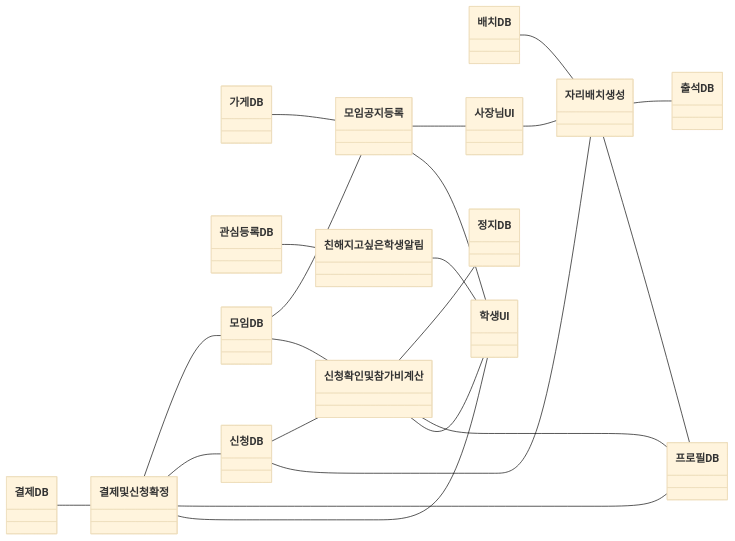
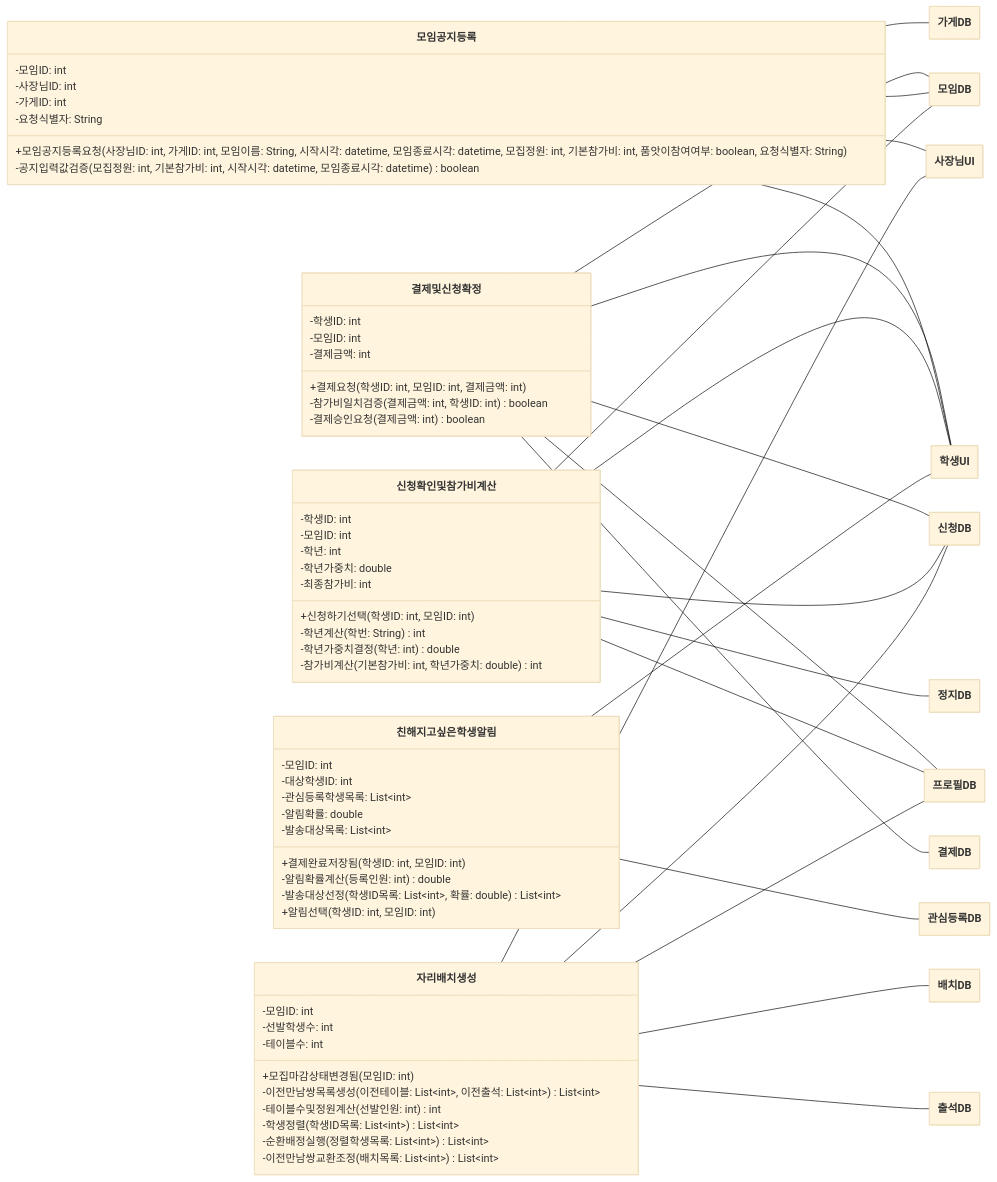
Before and after one commit to hojae3/sw-engineering-16: the second of 13 diagrams in class-diagram/class-diagram.md, drawn with Mermaid (base theme). The commit also changed other lines of this file and 1 other file, not shown here.

First line of the commit message:
[class] 통합 클래스 다이어그램을 PPT 구성에 맞춰 영역별 그림으로 변경

````diff
--- a/class-diagram/class-diagram.md
+++ b/class-diagram/class-diagram.md
@@ -194,37 +205,86 @@
 ```mermaid
+---
+config:
+  class:
+    hideEmptyMembersBox: true
+---
 classDiagram
     direction LR
+    class MeetingNoticeRegistration["모임공지등록"] {
+        -모임ID: int
+        -사장님ID: int
+        -가게ID: int
+        -요청식별자: String
+        +모임공지등록요청(사장님ID: int, 가게ID: int, 모임이름: String, 시작시각: datetime, 모임종료시각: datetime, 모집정원: int, 기본참가비: int, 품앗이참여여부: boolean, 요청식별자: String)
+        -공지입력값검증(모집정원: int, 기본참가비: int, 시작시각: datetime, 모임종료시각: datetime) boolean
+    }
+    class ApplicationCheckAndFeeCalc["신청확인및참가비계산"] {
+        -학생ID: int
+        -모임ID: int
+        -학년: int
+        -학년가중치: double
+        -최종참가비: int
+        +신청하기선택(학생ID: int, 모임ID: int)
+        -학년계산(학번: String) int
+        -학년가중치결정(학년: int) double
+        -참가비계산(기본참가비: int, 학년가중치: double) int
+    }
+    class PaymentAndApplicationConfirm["결제및신청확정"] {
+        -학생ID: int
+        -모임ID: int
+        -결제금액: int
+        +결제요청(학생ID: int, 모임ID: int, 결제금액: int)
+        -참가비일치검증(결제금액: int, 학생ID: int) boolean
+        -결제승인요청(결제금액: int) boolean
+    }
+    class CloseStudentNotification["친해지고싶은학생알림"] {
+        -모임ID: int
+        -대상학생ID: int
+        -관심등록학생목록: List~int~
+        -알림확률: double
+        -발송대상목록: List~int~
+        +결제완료저장됨(학생ID: int, 모임ID: int)
+        -알림확률계산(등록인원: int) double
+        -발송대상선정(학생ID목록: List~int~, 확률: double) List~int~
+        +알림선택(학생ID: int, 모임ID: int)
+    }
+    class SeatArrangementGeneration["자리배치생성"] {
+        -모임ID: int
+        -선발학생수: int
+        -테이블수: int
+        +모집마감상태변경됨(모임ID: int)
+        -이전만남쌍목록생성(이전테이블: List~int~, 이전출석: List~int~) List~int~
+        -테이블수및정원계산(선발인원: int) int
+        -학생정렬(학생ID목록: List~int~) List~int~
+        -순환배정실행(정렬학생목록: List~int~) List~int~
+        -이전만남쌍교환조정(배치목록: List~int~) List~int~
+    }
     class StoreDB["가게DB"]
     class PaymentDB["결제DB"]
-    class PaymentAndApplicationConfirm["결제및신청확정"]
     class InterestRegistrationDB["관심등록DB"]
     class MeetingDB["모임DB"]
-    class MeetingNoticeRegistration["모임공지등록"]
     class ArrangementDB["배치DB"]
     class OwnerUI["사장님UI"]
     class ApplicationDB["신청DB"]
-    class ApplicationCheckAndFeeCalc["신청확인및참가비계산"]
-    class SeatArrangementGeneration["자리배치생성"]
     class SuspensionDB["정지DB"]
     class AttendanceDB["출석DB"]
-    class CloseStudentNotification["친해지고싶은학생알림"]
     class ProfileDB["프로필DB"]
     class StudentUI["학생UI"]
-    StoreDB -- MeetingNoticeRegistration
-    PaymentDB -- PaymentAndApplicationConfirm
+    MeetingNoticeRegistration -- StoreDB
+    PaymentAndApplicationConfirm -- PaymentDB
     PaymentAndApplicationConfirm -- MeetingDB
     PaymentAndApplicationConfirm -- ApplicationDB
     PaymentAndApplicationConfirm -- ProfileDB
     PaymentAndApplicationConfirm -- StudentUI
-    InterestRegistrationDB -- CloseStudentNotification
-    MeetingDB -- MeetingNoticeRegistration
-    MeetingDB -- ApplicationCheckAndFeeCalc
+    CloseStudentNotification -- InterestRegistrationDB
+    MeetingNoticeRegistration -- MeetingDB
+    ApplicationCheckAndFeeCalc -- MeetingDB
     MeetingNoticeRegistration -- OwnerUI
     MeetingNoticeRegistration -- StudentUI
-    ArrangementDB -- SeatArrangementGeneration
-    OwnerUI -- SeatArrangementGeneration
-    ApplicationDB -- ApplicationCheckAndFeeCalc
-    ApplicationDB -- SeatArrangementGeneration
+    SeatArrangementGeneration -- ArrangementDB
+    SeatArrangementGeneration -- OwnerUI
+    ApplicationCheckAndFeeCalc -- ApplicationDB
+    SeatArrangementGeneration -- ApplicationDB
     ApplicationCheckAndFeeCalc -- SuspensionDB
     ApplicationCheckAndFeeCalc -- ProfileDB
     ApplicationCheckAndFeeCalc -- StudentUI
````
